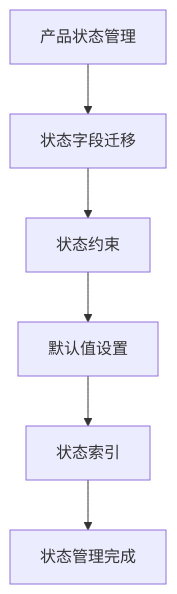
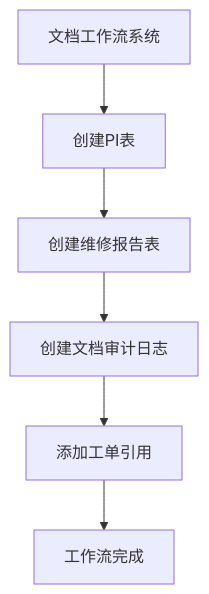
One commit to CubeEdge/Longhorn changed diagram 22 of 31 in .qoder/repowiki/zh/content/数据迁移脚本.md. Above: the diagram before and after it, drawn with Mermaid. The commit also changed other lines of this file and 28 other files, not shown here.

````diff
--- a/.qoder/repowiki/zh/content/数据迁移脚本.md
+++ b/.qoder/repowiki/zh/content/数据迁移脚本.md
@@ -912,8 +1260,8 @@
 ```mermaid
 flowchart TD
-ProductStatus[产品状态管理] --> StatusField[状态字段迁移]
-StatusField --> StatusConstraints[状态约束]
-StatusConstraints --> DefaultValues[默认值设置]
-DefaultValues --> StatusIndex[状态索引]
-StatusIndex --> Complete[状态管理完成]
+PIReports[文档工作流系统] --> CreatePI[创建PI表]
+CreatePI --> CreateReports[创建维修报告表]
+CreateReports --> DocumentAudit[创建文档审计日志]
+DocumentAudit --> TicketReferences[添加工单引用]
+TicketReferences --> Complete[工作流完成]
 ```
````
